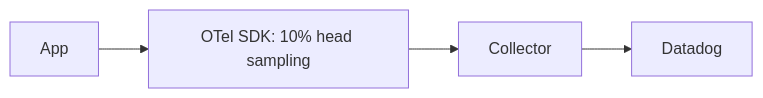
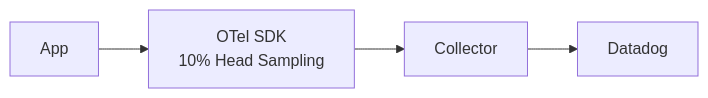
Before and after one commit to XiaoWeiKIN/Observability-Lab: the eighth of 13 diagrams in docs/datadog/inferred-services.md, drawn with Mermaid. The commit also changed other lines of this file, not shown here.

````diff
--- a/docs/datadog/inferred-services.md
+++ b/docs/datadog/inferred-services.md
@@ -355,6 +387,6 @@
-```mermaid
+~~~mermaid
 flowchart LR
-    App --> SDK[OTel SDK: 10% head sampling]
+    App --> SDK[OTel SDK<br/>10% Head Sampling]
     SDK --> Collector
     Collector --> DD[Datadog]
-```
+~~~
````
